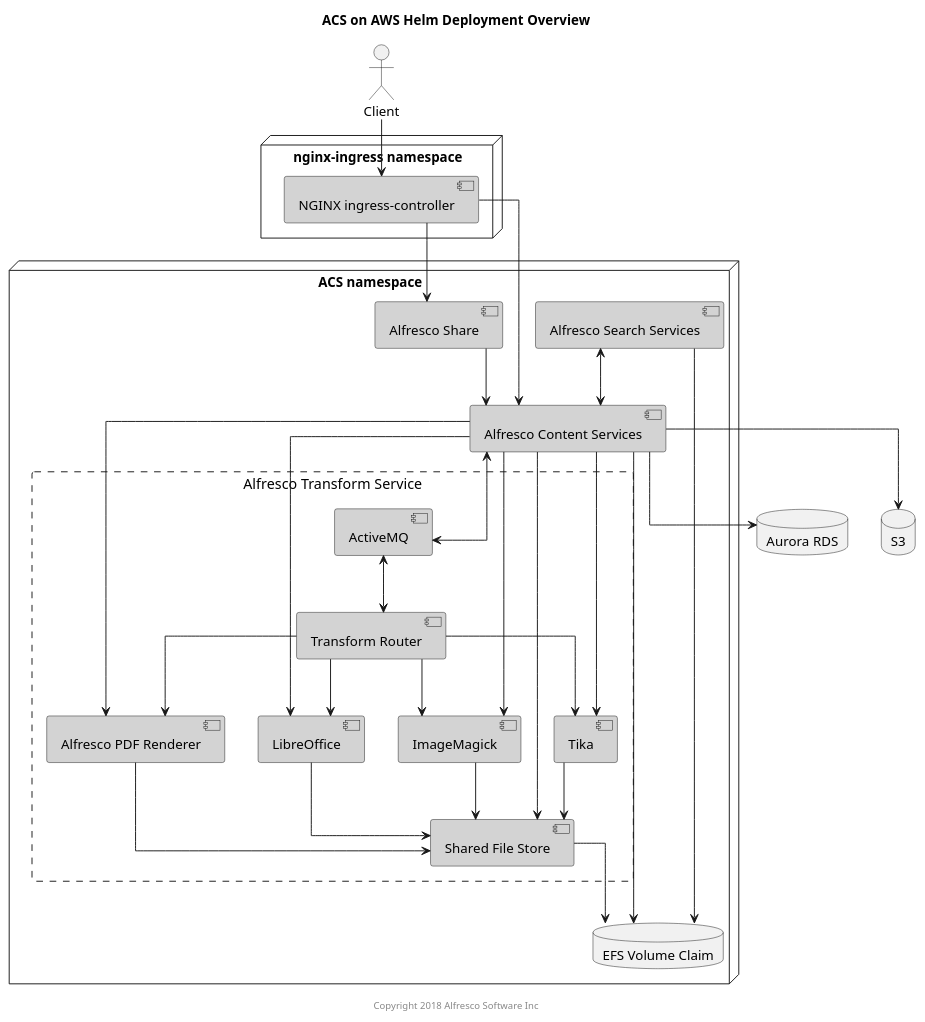
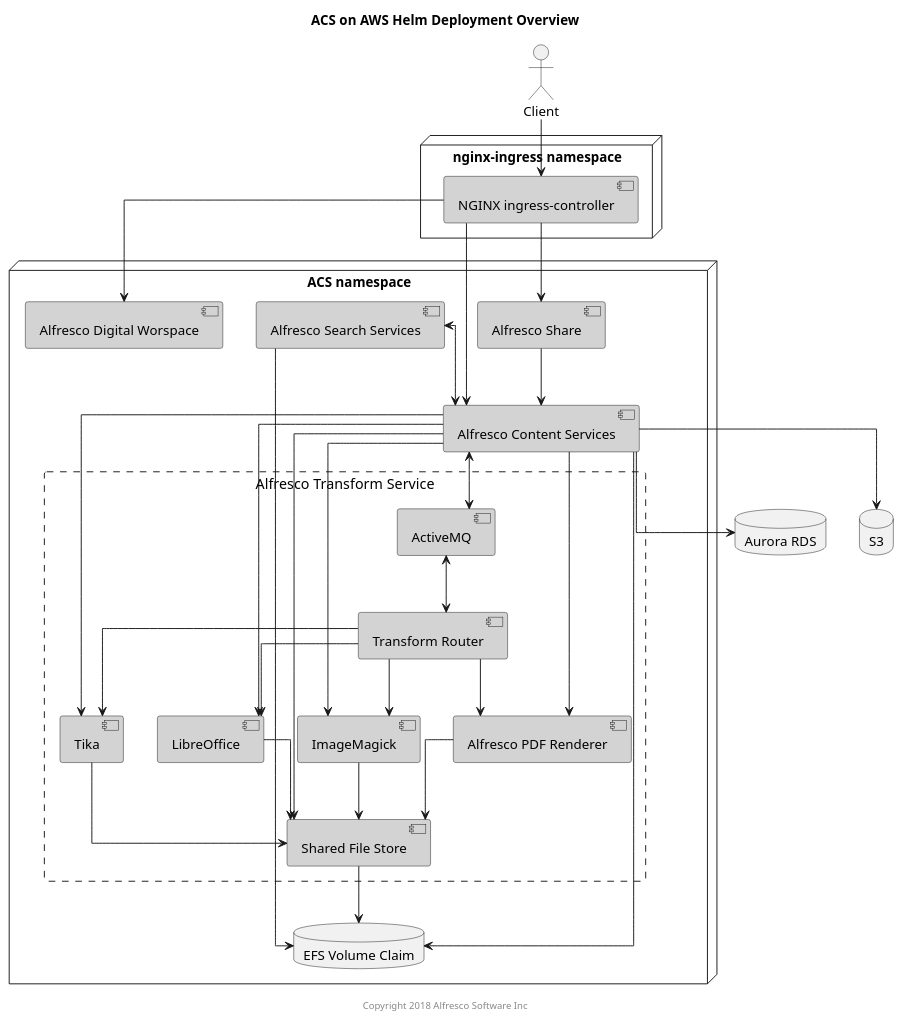
The diagram in docs/diagrams/helm-chart/helm-components-aws.puml (Alfresco/acs-deployment), drawn with PlantUML before and after one commit. The commit also changed 7 other files, not shown here.

Commit message:
REPO-3982 Update architecture diagrams

```diff
--- a/docs/diagrams/helm-chart/helm-components-aws.puml
+++ b/docs/diagrams/helm-chart/helm-components-aws.puml
@@ -1,69 +1,71 @@
 @startuml
 
 Title: ACS on AWS Helm Deployment Overview
 
 skinparam componentStyle uml2
 skinparam linetype ortho
 skinparam rectangle {
     BorderStyle dashed
     FontSize 15
     FontStyle none
 }
 
 actor Client
 
 node "nginx-ingress namespace" {
     component "NGINX ingress-controller" as nginx #lightgrey
 }
 
 node "ACS namespace" {
+    component "Alfresco Digital Worspace" as adw #lightgrey
     component "Alfresco Content Services" as acs #lightgrey
     component "Alfresco Search Services" as ass #lightgrey
     component "Alfresco Share" as share #lightgrey
     database "EFS Volume Claim" as vc
     rectangle "Alfresco Transform Service" {
         component "Transform Router" as tr #lightgrey
         component "Shared File Store" as sfs #lightgrey
         component "ActiveMQ" as amq #lightgrey
         component "Alfresco PDF Renderer" as pdfr #lightgrey
         component "LibreOffice" as libr #lightgrey
         component "ImageMagick" as img #lightgrey
         component "Tika" as tika #lightgrey
     }
 }
 
 database "Aurora RDS" as db
 database "S3" as s3
 
 Client --> nginx
 
 nginx --> acs
 nginx --> share
+nginx --> adw
 
 acs --> vc
 ass --> vc
 sfs --> vc
 acs --> s3
 
 ass <--> acs
 acs --> db
 acs --> pdfr
 acs --> libr
 acs --> img
 acs --> tika
 acs --> sfs
 acs <--> amq
 tr --> pdfr
 tr --> libr
 tr --> img
 tr --> tika
 tr <-up-> amq
 pdfr --> sfs
 libr --> sfs
 img --> sfs
 tika --> sfs
 share --> acs
 
 center footer Copyright 2018 Alfresco Software Inc
 
 @enduml
```
